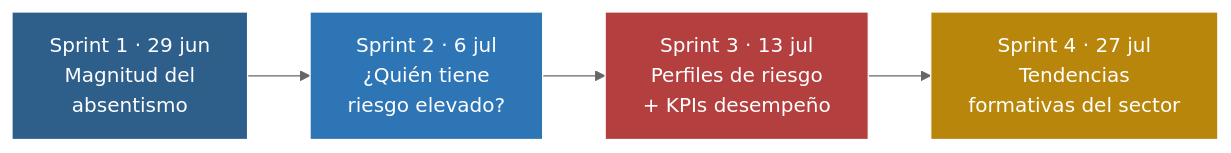
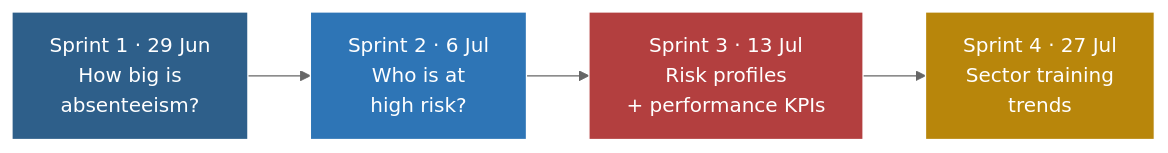
The diagram in README.md (vbujaldon/hr-risk-and-training-analytics), drawn with Mermaid (neutral theme) before and after one commit. The commit also changed other lines of this file and 4 other files, not shown here.

````diff
--- a/README.md
+++ b/README.md
@@ -31,11 +30,11 @@
 ```mermaid
 flowchart LR
-    S1["Sprint 1 · 29 jun<br/>Magnitud del<br/>absentismo"] --> S2["Sprint 2 · 6 jul<br/>¿Quién tiene<br/>riesgo elevado?"]
-    S2 --> S3["Sprint 3 · 13 jul<br/>Perfiles de riesgo<br/>+ KPIs desempeño"]
-    S3 --> S4["Sprint 4 · 27 jul<br/>Tendencias<br/>formativas del sector"]
+    S1["Sprint 1 · 29 Jun<br/>How big is<br/>absenteeism?"] --> S2["Sprint 2 · 6 Jul<br/>Who is at<br/>high risk?"]
+    S2 --> S3["Sprint 3 · 13 Jul<br/>Risk profiles<br/>+ performance KPIs"]
+    S3 --> S4["Sprint 4 · 27 Jul<br/>Sector training<br/>trends"]
 
     style S1 fill:#2E5F8A,color:#fff,stroke:#fff
     style S2 fill:#2E75B6,color:#fff,stroke:#fff
     style S3 fill:#B33F3F,color:#fff,stroke:#fff
     style S4 fill:#B8860B,color:#fff,stroke:#fff
 ```
````
